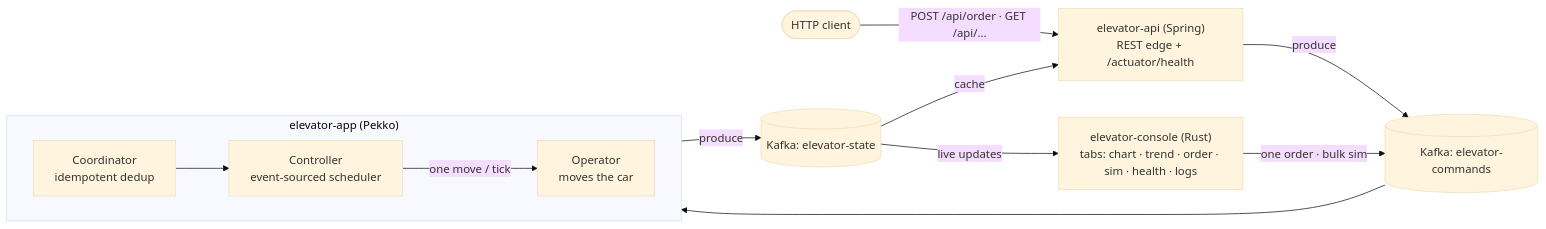
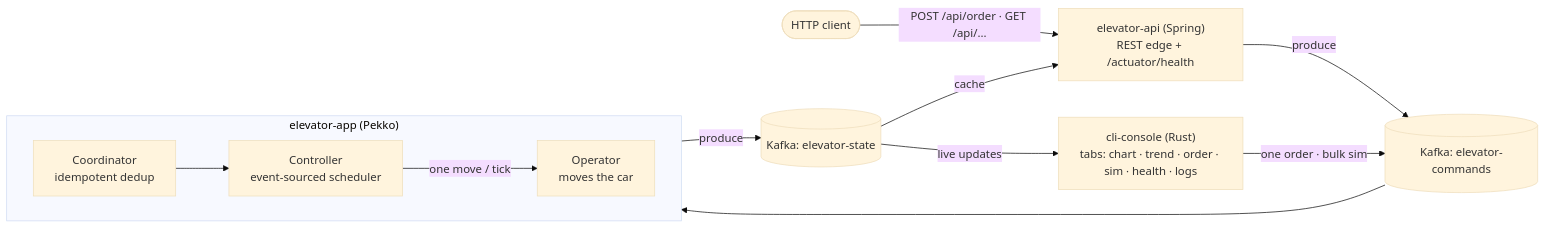
Before and after one commit to TwistedLady/elevator-system: the first of 3 diagrams in README.md, drawn with Mermaid (base theme). The commit also changed other lines of this file and 37 other files, not shown here.

First line of the commit message:
Rename module elevator-console -> cli-console

````diff
--- a/README.md
+++ b/README.md
@@ -18,19 +18,19 @@
 ```mermaid
 flowchart LR
     client(["HTTP client"]) -->|"POST /api/order · GET /api/..."| api["elevator-api (Spring)<br/>REST edge + /actuator/health"]
-    console["elevator-console (Rust)<br/>tabs: chart · trend · order · sim · health · logs"]
+    console["cli-console (Rust)<br/>tabs: chart · trend · order · sim · health · logs"]
 
     api -->|produce| cmd[("Kafka: elevator-commands")]
     console -->|"one order · bulk sim"| cmd
 
     subgraph app["elevator-app (Pekko)"]
         direction LR
         coord["Coordinator<br/>idempotent dedup"] --> ctrl["Controller<br/>event-sourced scheduler"]
         ctrl -->|"one move / tick"| op["Operator<br/>moves the car"]
     end
 
     cmd --> coord
     op -->|produce| state[("Kafka: elevator-state")]
     state -->|cache| api
     state -->|live updates| console
 ```
````
